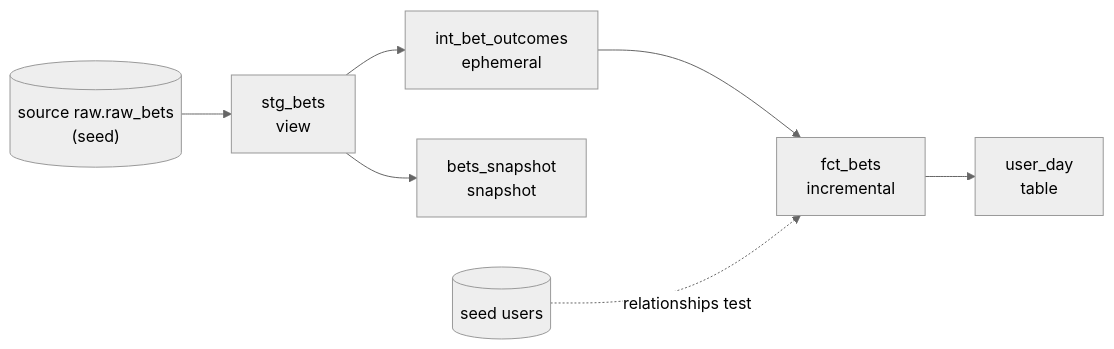
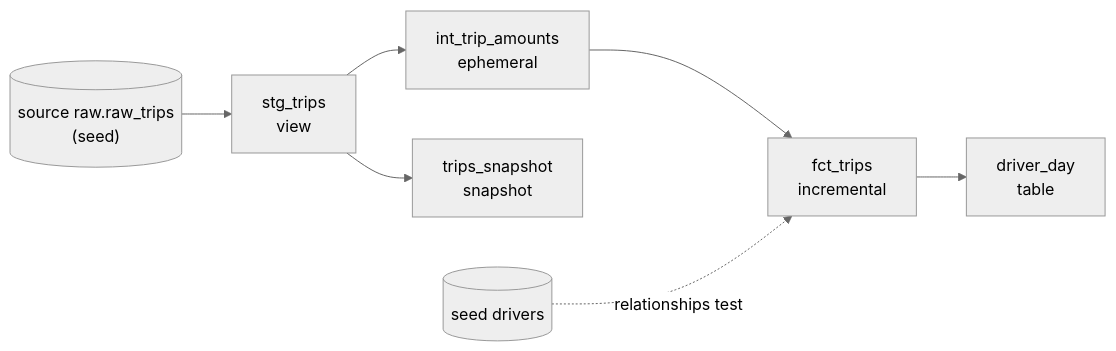
Before and after one commit to NxNiki/learning-notes: the second of 2 diagrams in data-engineering/dbt/README.md, drawn with Mermaid (neutral theme). The commit also changed other lines of this file and 31 other files, not shown here.

````diff
--- a/data-engineering/dbt/README.md
+++ b/data-engineering/dbt/README.md
@@ -97,9 +97,9 @@
 ```mermaid
 flowchart LR
-    raw[("source raw.raw_bets<br/>(seed)")] --> stg[stg_bets<br/>view]
-    stg --> int[int_bet_outcomes<br/>ephemeral]
-    int --> fct[fct_bets<br/>incremental]
-    fct --> ud[user_day<br/>table]
-    stg --> snap[bets_snapshot<br/>snapshot]
-    users[("seed users")] -.->|relationships test| fct
+    raw[("source raw.raw_trips<br/>(seed)")] --> stg[stg_trips<br/>view]
+    stg --> int[int_trip_amounts<br/>ephemeral]
+    int --> fct[fct_trips<br/>incremental]
+    fct --> ud[driver_day<br/>table]
+    stg --> snap[trips_snapshot<br/>snapshot]
+    drivers[("seed drivers")] -.->|relationships test| fct
 ```
````
